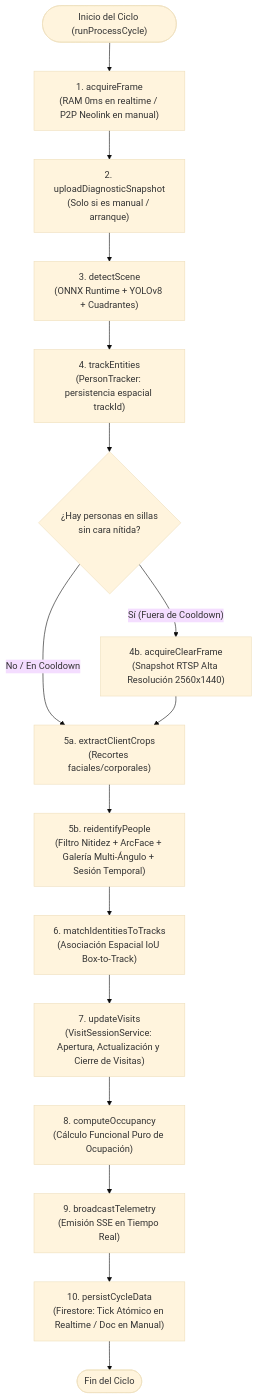
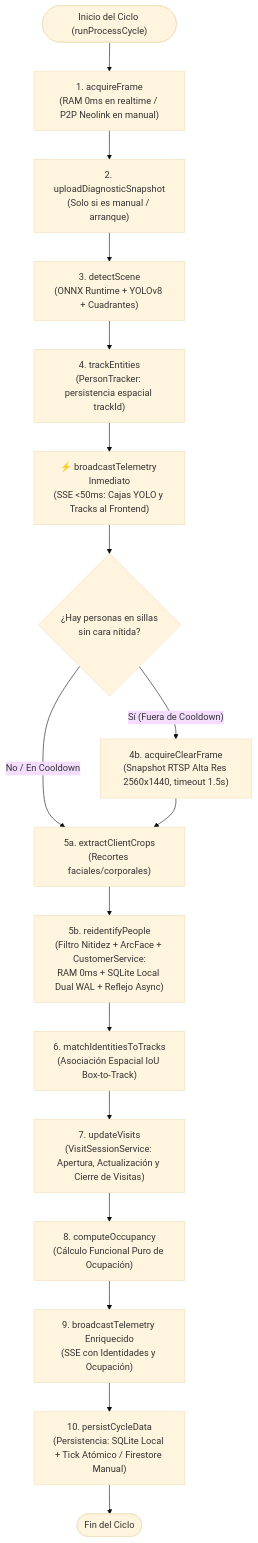
Before and after one commit to mijahilbarra/smartcam: the diagram in agent/PROCESSES.md, drawn with Mermaid (base theme). The commit also changed other lines of this file, not shown here.

Commit message:
docs(processes): update PROCESSES.md with dual SQLite architecture, early telemetry, and 20-photo pose diversity

````diff
--- a/agent/PROCESSES.md
+++ b/agent/PROCESSES.md
@@ -20,18 +20,19 @@
 ```mermaid
 flowchart TD
     START(["Inicio del Ciclo (runProcessCycle)"]) --> S1["1. acquireFrame<br/>(RAM 0ms en realtime / P2P Neolink en manual)"]
     S1 --> S2["2. uploadDiagnosticSnapshot<br/>(Solo si es manual / arranque)"]
     S2 --> S3["3. detectScene<br/>(ONNX Runtime + YOLOv8 + Cuadrantes)"]
     S3 --> S4["4. trackEntities<br/>(PersonTracker: persistencia espacial trackId)"]
-    S4 --> S4B{"¿Hay personas en sillas<br/>sin cara nítida?"}
-    S4B -- "Sí (Fuera de Cooldown)" --> CLEAR["4b. acquireClearFrame<br/>(Snapshot RTSP Alta Resolución 2560x1440)"]
+    S4 --> TEL_EARLY["⚡ broadcastTelemetry Inmediato<br/>(SSE <50ms: Cajas YOLO y Tracks al Frontend)"]
+    TEL_EARLY --> S4B{"¿Hay personas en sillas<br/>sin cara nítida?"}
+    S4B -- "Sí (Fuera de Cooldown)" --> CLEAR["4b. acquireClearFrame<br/>(Snapshot RTSP Alta Res 2560x1440, timeout 1.5s)"]
     S4B -- "No / En Cooldown" --> S5A["5a. extractClientCrops<br/>(Recortes faciales/corporales)"]
     CLEAR --> S5A
-    S5A --> S5B["5b. reidentifyPeople<br/>(Filtro Nitidez + ArcFace + Galería Multi-Ángulo + Sesión Temporal)"]
+    S5A --> S5B["5b. reidentifyPeople<br/>(Filtro Nitidez + ArcFace + CustomerService:<br/>RAM 0ms + SQLite Local Dual WAL + Reflejo Async)"]
     S5B --> S6["6. matchIdentitiesToTracks<br/>(Asociación Espacial IoU Box-to-Track)"]
     S6 --> S7["7. updateVisits<br/>(VisitSessionService: Apertura, Actualización y Cierre de Visitas)"]
     S7 --> S8["8. computeOccupancy<br/>(Cálculo Funcional Puro de Ocupación)"]
-    S8 --> S9["9. broadcastTelemetry<br/>(Emisión SSE en Tiempo Real)"]
-    S9 --> S10["10. persistCycleData<br/>(Firestore: Tick Atómico en Realtime / Doc en Manual)"]
+    S8 --> TEL_FINAL["9. broadcastTelemetry Enriquecido<br/>(SSE con Identidades y Ocupación)"]
+    TEL_FINAL --> S10["10. persistCycleData<br/>(Persistencia: SQLite Local + Tick Atómico / Firestore Manual)"]
     S10 --> END(["Fin del Ciclo"])
 ```
````
